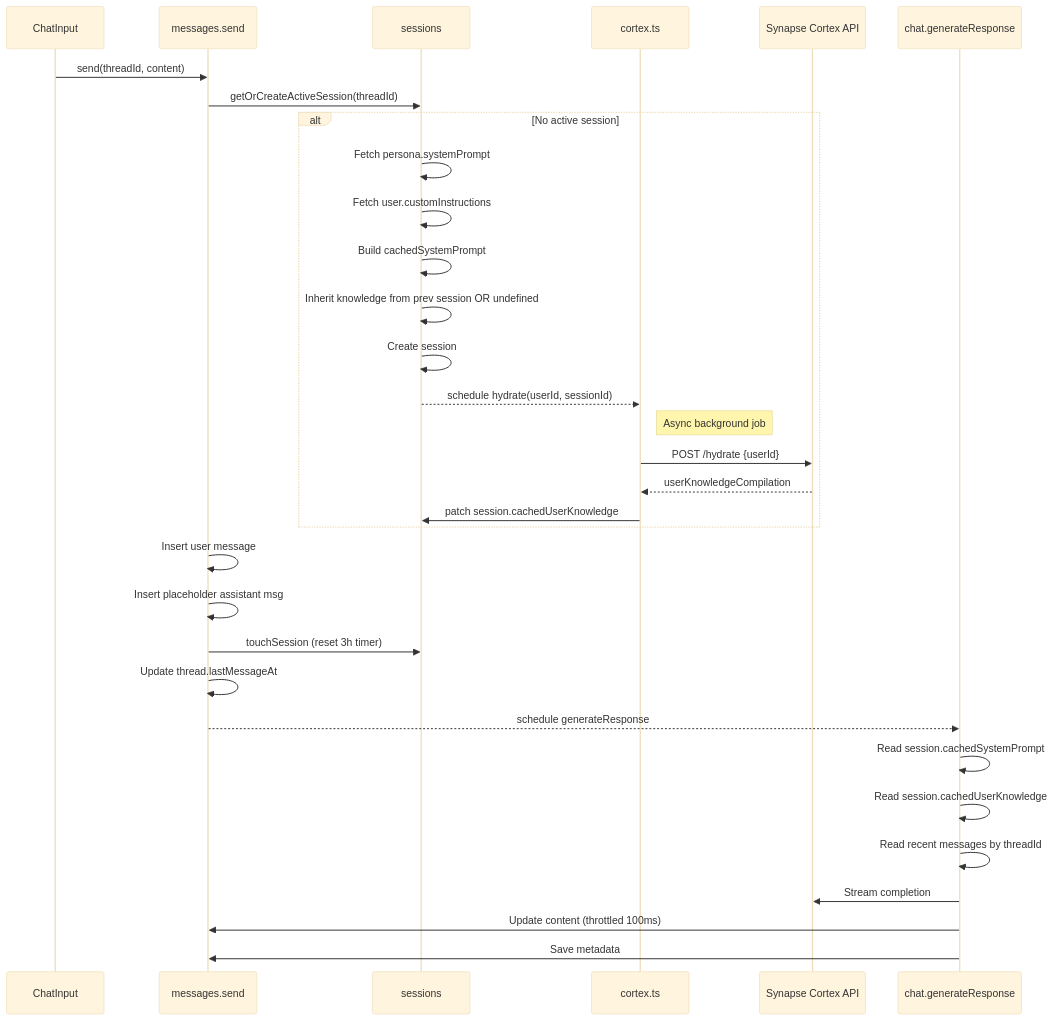
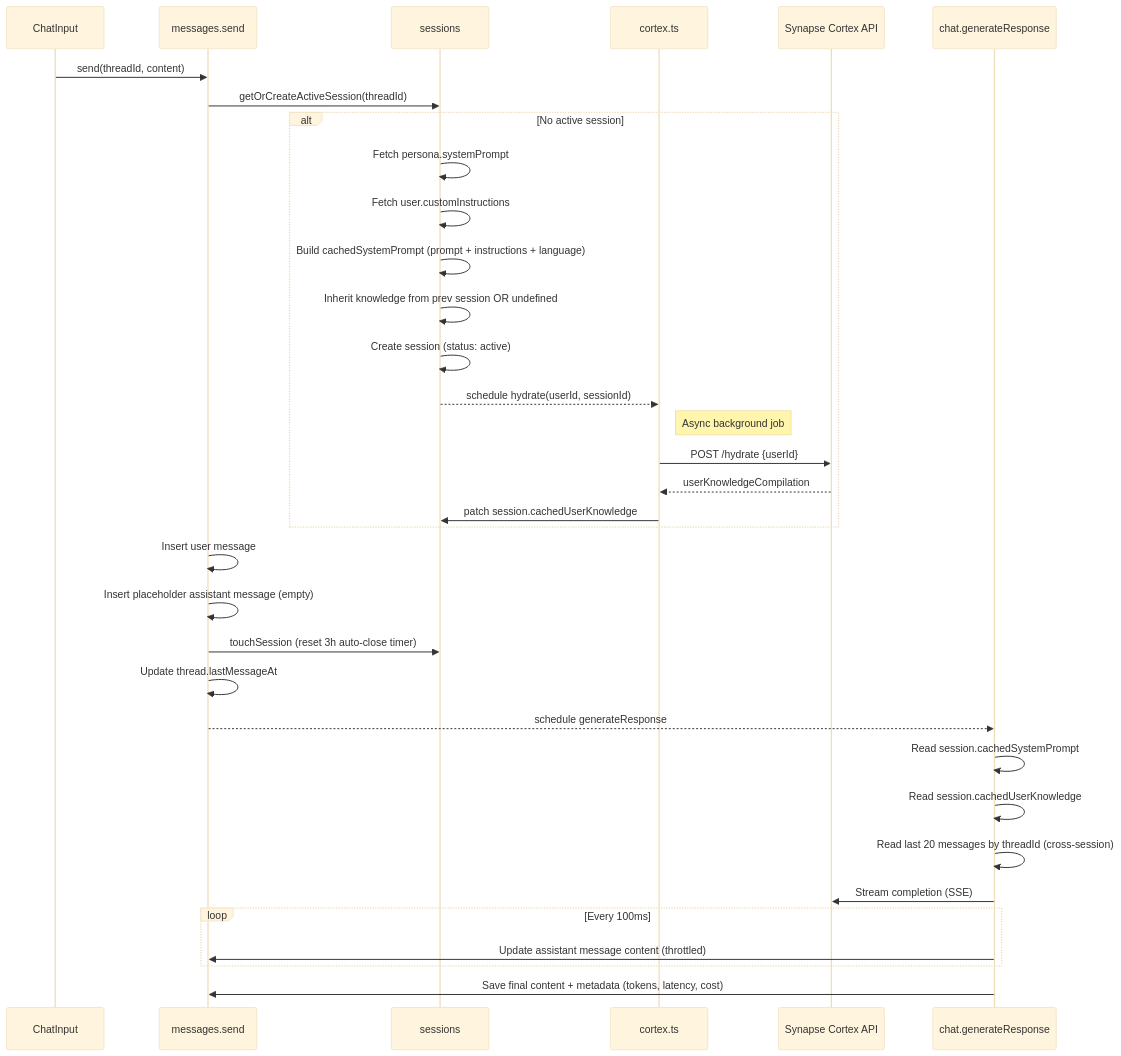
Before and after one commit to juandastic/synapse-chat-ai: the fourth of 6 diagrams in README.md, drawn with Mermaid (base theme). The commit also changed other lines of this file, not shown here.

Commit message:
Enhance README.md with detailed project overview, expanded table of contents, and core concepts. Update tech stack section and improve descriptions of the knowledge graph and memory features for better clarity and user guidance.

````diff
--- a/README.md
+++ b/README.md
@@ -194,38 +221,40 @@
 ```mermaid
 sequenceDiagram
     participant UI as ChatInput
     participant Msg as messages.send
     participant Sess as sessions
     participant Cortex as cortex.ts
     participant API as Synapse Cortex API
     participant Chat as chat.generateResponse
 
     UI->>Msg: send(threadId, content)
     Msg->>Sess: getOrCreateActiveSession(threadId)
 
     alt No active session
         Sess->>Sess: Fetch persona.systemPrompt
         Sess->>Sess: Fetch user.customInstructions
-        Sess->>Sess: Build cachedSystemPrompt
+        Sess->>Sess: Build cachedSystemPrompt (prompt + instructions + language)
         Sess->>Sess: Inherit knowledge from prev session OR undefined
-        Sess->>Sess: Create session
+        Sess->>Sess: Create session (status: active)
         Sess-->>Cortex: schedule hydrate(userId, sessionId)
         Note right of Cortex: Async background job
         Cortex->>API: POST /hydrate {userId}
         API-->>Cortex: userKnowledgeCompilation
         Cortex->>Sess: patch session.cachedUserKnowledge
     end
 
     Msg->>Msg: Insert user message
-    Msg->>Msg: Insert placeholder assistant msg
-    Msg->>Sess: touchSession (reset 3h timer)
+    Msg->>Msg: Insert placeholder assistant message (empty)
+    Msg->>Sess: touchSession (reset 3h auto-close timer)
     Msg->>Msg: Update thread.lastMessageAt
     Msg-->>Chat: schedule generateResponse
 
     Chat->>Chat: Read session.cachedSystemPrompt
     Chat->>Chat: Read session.cachedUserKnowledge
-    Chat->>Chat: Read recent messages by threadId
-    Chat->>API: Stream completion
-    Chat->>Msg: Update content (throttled 100ms)
-    Chat->>Msg: Save metadata
+    Chat->>Chat: Read last 20 messages by threadId (cross-session)
+    Chat->>API: Stream completion (SSE)
+    loop Every 100ms
+        Chat->>Msg: Update assistant message content (throttled)
+    end
+    Chat->>Msg: Save final content + metadata (tokens, latency, cost)
 ```
````
